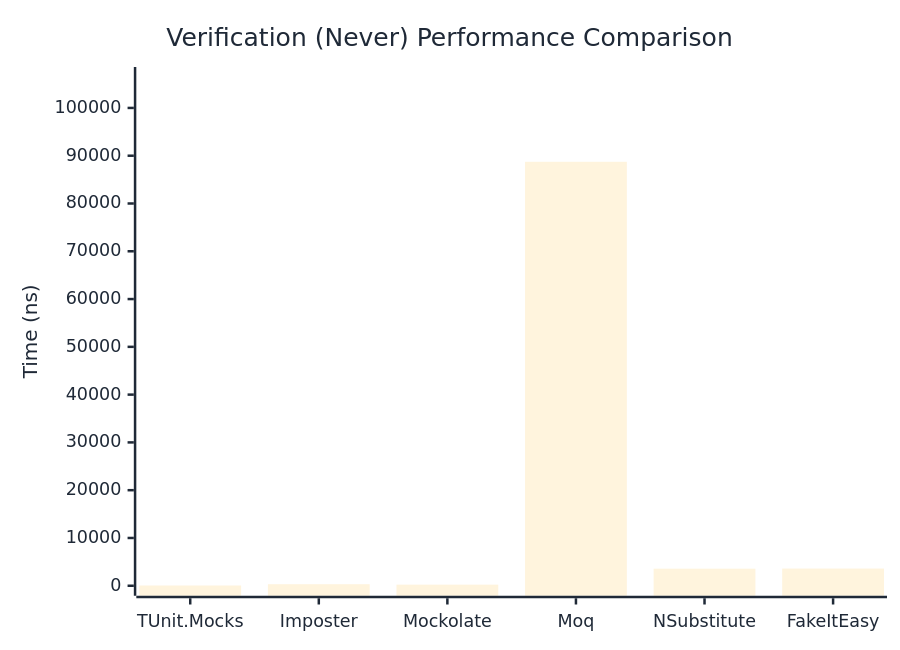
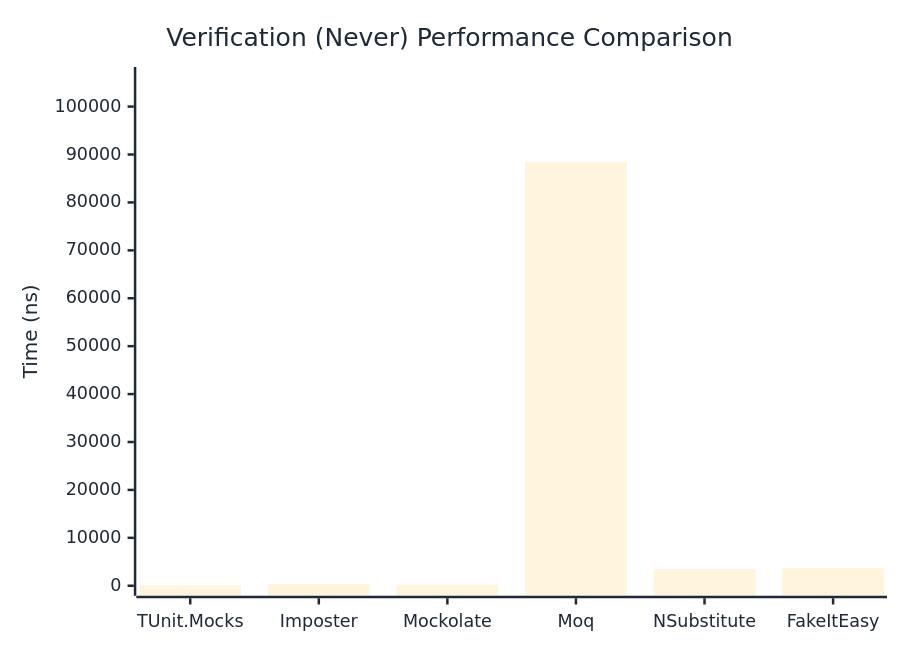
One commit to thomhurst/TUnit changed the second of 3 diagrams in docs/docs/benchmarks/mocks/Verification.md. Above: the diagram before and after it, drawn with Mermaid. The commit also changed other lines of this file and 14 other files, not shown here.

````diff
--- a/docs/docs/benchmarks/mocks/Verification.md
+++ b/docs/docs/benchmarks/mocks/Verification.md
@@ -71,27 +71,27 @@
 ```mermaid
 %%{init: {
   'theme':'base',
   'themeVariables': {
     'primaryColor': '#2563eb',
     'primaryTextColor': '#1f2937',
     'primaryBorderColor': '#1e40af',
     'lineColor': '#6b7280',
     'secondaryColor': '#7c3aed',
     'tertiaryColor': '#dc2626',
     'background': '#ffffff',
     'pie1': '#2563eb',
     'pie2': '#7c3aed',
     'pie3': '#dc2626',
     'pie4': '#f59e0b',
     'pie5': '#10b981',
     'pie6': '#06b6d4',
     'pie7': '#ec4899',
     'pie8': '#6366f1'
   }
 }}%%
 xychart-beta
   title "Verification (Never) Performance Comparison"
   x-axis ["TUnit.Mocks", "Imposter", "Mockolate", "Moq", "NSubstitute", "FakeItEasy"]
-  y-axis "Time (ns)" 0 --> 106473
-  bar [52.09, 319.97, 231.98, 88727.49, 3574.4, 3595.24]
+  y-axis "Time (ns)" 0 --> 106176
+  bar [51.2, 313.08, 220.88, 88479.87, 3499.26, 3644.64]
 ```
````
